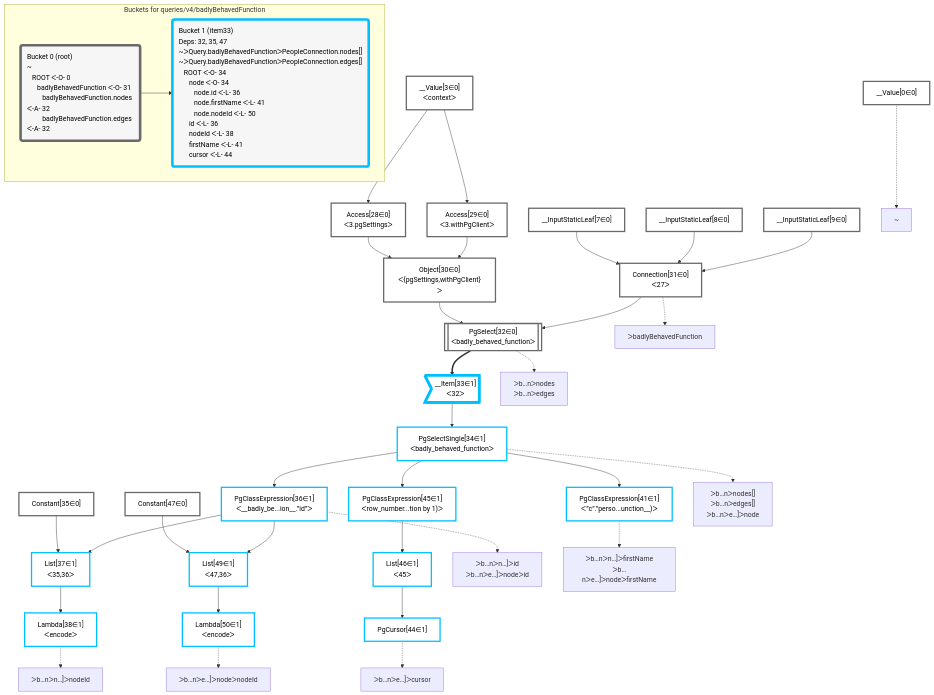
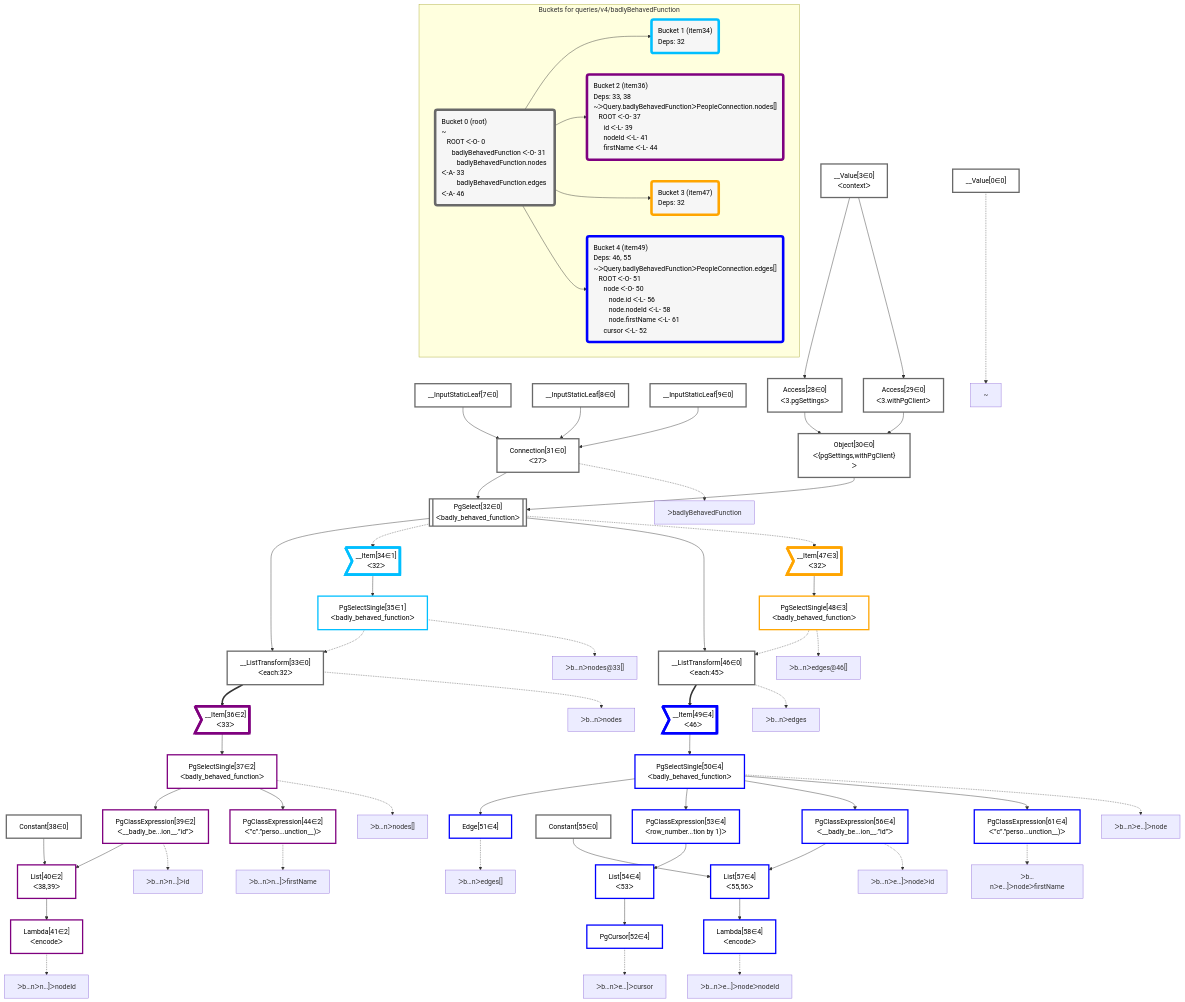
Before and after one commit to graphile/crystal: the diagram in packages/postgraphile/__tests__/queries/v4/badlyBehavedFunction.mermaid, drawn with Mermaid. The commit also changed 6 other files, not shown here.

```diff
--- a/packages/postgraphile/__tests__/queries/v4/badlyBehavedFunction.mermaid
+++ b/packages/postgraphile/__tests__/queries/v4/badlyBehavedFunction.mermaid
@@ -1,80 +1,127 @@
 graph TD
     classDef path fill:#eee,stroke:#000,color:#000
     classDef plan fill:#fff,stroke-width:3px,color:#000
     classDef itemplan fill:#fff,stroke-width:6px,color:#000
     classDef sideeffectplan fill:#f00,stroke-width:6px,color:#000
     classDef bucket fill:#f6f6f6,color:#000,stroke-width:6px,text-align:left
 
 
     %% define plans
     __Value0["__Value[0∈0]"]:::plan
     __Value3["__Value[3∈0]<br />ᐸcontextᐳ"]:::plan
     __InputStaticLeaf7["__InputStaticLeaf[7∈0]"]:::plan
     __InputStaticLeaf8["__InputStaticLeaf[8∈0]"]:::plan
     __InputStaticLeaf9["__InputStaticLeaf[9∈0]"]:::plan
     Access28["Access[28∈0]<br />ᐸ3.pgSettingsᐳ"]:::plan
     Access29["Access[29∈0]<br />ᐸ3.withPgClientᐳ"]:::plan
     Object30["Object[30∈0]<br />ᐸ{pgSettings,withPgClient}ᐳ"]:::plan
     Connection31["Connection[31∈0]<br />ᐸ27ᐳ"]:::plan
     PgSelect32[["PgSelect[32∈0]<br />ᐸbadly_behaved_functionᐳ"]]:::plan
-    __Item33>"__Item[33∈1]<br />ᐸ32ᐳ"]:::itemplan
-    PgSelectSingle34["PgSelectSingle[34∈1]<br />ᐸbadly_behaved_functionᐳ"]:::plan
-    Constant35["Constant[35∈0]"]:::plan
-    PgClassExpression36["PgClassExpression[36∈1]<br />ᐸ__badly_be...ion__.”id”ᐳ"]:::plan
-    List37["List[37∈1]<br />ᐸ35,36ᐳ"]:::plan
-    Lambda38["Lambda[38∈1]<br />ᐸencodeᐳ"]:::plan
-    PgClassExpression41["PgClassExpression[41∈1]<br />ᐸ”c”.”perso...unction__)ᐳ"]:::plan
-    PgClassExpression45["PgClassExpression[45∈1]<br />ᐸrow_number...tion by 1)ᐳ"]:::plan
-    List46["List[46∈1]<br />ᐸ45ᐳ"]:::plan
-    PgCursor44["PgCursor[44∈1]"]:::plan
-    Constant47["Constant[47∈0]"]:::plan
-    List49["List[49∈1]<br />ᐸ47,36ᐳ"]:::plan
-    Lambda50["Lambda[50∈1]<br />ᐸencodeᐳ"]:::plan
+    __ListTransform33["__ListTransform[33∈0]<br />ᐸeach:32ᐳ"]:::plan
+    __Item34>"__Item[34∈1]<br />ᐸ32ᐳ"]:::itemplan
+    PgSelectSingle35["PgSelectSingle[35∈1]<br />ᐸbadly_behaved_functionᐳ"]:::plan
+    __Item36>"__Item[36∈2]<br />ᐸ33ᐳ"]:::itemplan
+    PgSelectSingle37["PgSelectSingle[37∈2]<br />ᐸbadly_behaved_functionᐳ"]:::plan
+    Constant38["Constant[38∈0]"]:::plan
+    PgClassExpression39["PgClassExpression[39∈2]<br />ᐸ__badly_be...ion__.”id”ᐳ"]:::plan
+    List40["List[40∈2]<br />ᐸ38,39ᐳ"]:::plan
+    Lambda41["Lambda[41∈2]<br />ᐸencodeᐳ"]:::plan
+    PgClassExpression44["PgClassExpression[44∈2]<br />ᐸ”c”.”perso...unction__)ᐳ"]:::plan
+    __ListTransform46["__ListTransform[46∈0]<br />ᐸeach:45ᐳ"]:::plan
+    __Item47>"__Item[47∈3]<br />ᐸ32ᐳ"]:::itemplan
+    PgSelectSingle48["PgSelectSingle[48∈3]<br />ᐸbadly_behaved_functionᐳ"]:::plan
+    __Item49>"__Item[49∈4]<br />ᐸ46ᐳ"]:::itemplan
+    PgSelectSingle50["PgSelectSingle[50∈4]<br />ᐸbadly_behaved_functionᐳ"]:::plan
+    Edge51["Edge[51∈4]"]:::plan
+    PgClassExpression53["PgClassExpression[53∈4]<br />ᐸrow_number...tion by 1)ᐳ"]:::plan
+    List54["List[54∈4]<br />ᐸ53ᐳ"]:::plan
+    PgCursor52["PgCursor[52∈4]"]:::plan
+    Constant55["Constant[55∈0]"]:::plan
+    PgClassExpression56["PgClassExpression[56∈4]<br />ᐸ__badly_be...ion__.”id”ᐳ"]:::plan
+    List57["List[57∈4]<br />ᐸ55,56ᐳ"]:::plan
+    Lambda58["Lambda[58∈4]<br />ᐸencodeᐳ"]:::plan
+    PgClassExpression61["PgClassExpression[61∈4]<br />ᐸ”c”.”perso...unction__)ᐳ"]:::plan
 
     %% plan dependencies
     __Value3 --> Access28
     __Value3 --> Access29
     Access28 & Access29 --> Object30
     __InputStaticLeaf7 & __InputStaticLeaf8 & __InputStaticLeaf9 --> Connection31
     Object30 & Connection31 --> PgSelect32
-    PgSelect32 ==> __Item33
-    __Item33 --> PgSelectSingle34
-    PgSelectSingle34 --> PgClassExpression36
-    Constant35 & PgClassExpression36 --> List37
-    List37 --> Lambda38
-    PgSelectSingle34 --> PgClassExpression41
-    PgSelectSingle34 --> PgClassExpression45
-    PgClassExpression45 --> List46
-    List46 --> PgCursor44
-    Constant47 & PgClassExpression36 --> List49
-    List49 --> Lambda50
+    PgSelect32 --> __ListTransform33
+    PgSelectSingle35 -.-> __ListTransform33
+    PgSelect32 -.-> __Item34
+    __Item34 --> PgSelectSingle35
+    __ListTransform33 ==> __Item36
+    __Item36 --> PgSelectSingle37
+    PgSelectSingle37 --> PgClassExpression39
+    Constant38 & PgClassExpression39 --> List40
+    List40 --> Lambda41
+    PgSelectSingle37 --> PgClassExpression44
+    PgSelect32 --> __ListTransform46
+    PgSelectSingle48 -.-> __ListTransform46
+    PgSelect32 -.-> __Item47
+    __Item47 --> PgSelectSingle48
+    __ListTransform46 ==> __Item49
+    __Item49 --> PgSelectSingle50
+    PgSelectSingle50 --> Edge51
+    PgSelectSingle50 --> PgClassExpression53
+    PgClassExpression53 --> List54
+    List54 --> PgCursor52
+    PgSelectSingle50 --> PgClassExpression56
+    Constant55 & PgClassExpression56 --> List57
+    List57 --> Lambda58
+    PgSelectSingle50 --> PgClassExpression61
 
     %% plan-to-path relationships
     P0["~"]
     __Value0 -.-> P0
     P31["ᐳbadlyBehavedFunction"]
     Connection31 -.-> P31
-    P32["ᐳb…nᐳnodes<br />ᐳb…nᐳedges"]
-    PgSelect32 -.-> P32
-    P34["ᐳb…nᐳnodes[]<br />ᐳb…nᐳedges[]<br />ᐳb…nᐳe…]ᐳnode"]
-    PgSelectSingle34 -.-> P34
-    P36["ᐳb…nᐳn…]ᐳid<br />ᐳb…nᐳe…]ᐳnodeᐳid"]
-    PgClassExpression36 -.-> P36
-    P38["ᐳb…nᐳn…]ᐳnodeId"]
-    Lambda38 -.-> P38
-    P41["ᐳb…nᐳn…]ᐳfirstName<br />ᐳb…nᐳe…]ᐳnodeᐳfirstName"]
-    PgClassExpression41 -.-> P41
-    P44["ᐳb…nᐳe…]ᐳcursor"]
-    PgCursor44 -.-> P44
-    P50["ᐳb…nᐳe…]ᐳnodeᐳnodeId"]
-    Lambda50 -.-> P50
+    P33["ᐳb…nᐳnodes"]
+    __ListTransform33 -.-> P33
+    P35["ᐳb…nᐳnodes@33[]"]
+    PgSelectSingle35 -.-> P35
+    P37["ᐳb…nᐳnodes[]"]
+    PgSelectSingle37 -.-> P37
+    P39["ᐳb…nᐳn…]ᐳid"]
+    PgClassExpression39 -.-> P39
+    P41["ᐳb…nᐳn…]ᐳnodeId"]
+    Lambda41 -.-> P41
+    P44["ᐳb…nᐳn…]ᐳfirstName"]
+    PgClassExpression44 -.-> P44
+    P46["ᐳb…nᐳedges"]
+    __ListTransform46 -.-> P46
+    P48["ᐳb…nᐳedges@46[]"]
+    PgSelectSingle48 -.-> P48
+    P50["ᐳb…nᐳe…]ᐳnode"]
+    PgSelectSingle50 -.-> P50
+    P51["ᐳb…nᐳedges[]"]
+    Edge51 -.-> P51
+    P52["ᐳb…nᐳe…]ᐳcursor"]
+    PgCursor52 -.-> P52
+    P56["ᐳb…nᐳe…]ᐳnodeᐳid"]
+    PgClassExpression56 -.-> P56
+    P58["ᐳb…nᐳe…]ᐳnodeᐳnodeId"]
+    Lambda58 -.-> P58
+    P61["ᐳb…nᐳe…]ᐳnodeᐳfirstName"]
+    PgClassExpression61 -.-> P61
 
     subgraph "Buckets for queries/v4/badlyBehavedFunction"
-    Bucket0("Bucket 0 (root)<br />~<br />⠀ROOT ᐸ-O- 0<br />⠀⠀badlyBehavedFunction ᐸ-O- 31<br />⠀⠀⠀badlyBehavedFunction.nodes ᐸ-A- 32<br />⠀⠀⠀badlyBehavedFunction.edges ᐸ-A- 32"):::bucket
+    Bucket0("Bucket 0 (root)<br />~<br />⠀ROOT ᐸ-O- 0<br />⠀⠀badlyBehavedFunction ᐸ-O- 31<br />⠀⠀⠀badlyBehavedFunction.nodes ᐸ-A- 33<br />⠀⠀⠀badlyBehavedFunction.edges ᐸ-A- 46"):::bucket
     classDef bucket0 stroke:#696969
-    class Bucket0,__Value0,__Value3,__InputStaticLeaf7,__InputStaticLeaf8,__InputStaticLeaf9,Access28,Access29,Object30,Connection31,PgSelect32,Constant35,Constant47 bucket0
-    Bucket1("Bucket 1 (item33)<br />Deps: 32, 35, 47<br />~ᐳQuery.badlyBehavedFunctionᐳPeopleConnection.nodes[]<br />~ᐳQuery.badlyBehavedFunctionᐳPeopleConnection.edges[]<br />⠀ROOT ᐸ-O- 34<br />⠀⠀node ᐸ-O- 34<br />⠀⠀⠀node.id ᐸ-L- 36<br />⠀⠀⠀node.firstName ᐸ-L- 41<br />⠀⠀⠀node.nodeId ᐸ-L- 50<br />⠀⠀id ᐸ-L- 36<br />⠀⠀nodeId ᐸ-L- 38<br />⠀⠀firstName ᐸ-L- 41<br />⠀⠀cursor ᐸ-L- 44"):::bucket
+    class Bucket0,__Value0,__Value3,__InputStaticLeaf7,__InputStaticLeaf8,__InputStaticLeaf9,Access28,Access29,Object30,Connection31,PgSelect32,__ListTransform33,Constant38,__ListTransform46,Constant55 bucket0
+    Bucket1("Bucket 1 (item34)<br />Deps: 32"):::bucket
     classDef bucket1 stroke:#00bfff
-    class Bucket1,__Item33,PgSelectSingle34,PgClassExpression36,List37,Lambda38,PgClassExpression41,PgCursor44,PgClassExpression45,List46,List49,Lambda50 bucket1
-    Bucket0 --> Bucket1
+    class Bucket1,__Item34,PgSelectSingle35 bucket1
+    Bucket2("Bucket 2 (item36)<br />Deps: 33, 38<br />~ᐳQuery.badlyBehavedFunctionᐳPeopleConnection.nodes[]<br />⠀ROOT ᐸ-O- 37<br />⠀⠀id ᐸ-L- 39<br />⠀⠀nodeId ᐸ-L- 41<br />⠀⠀firstName ᐸ-L- 44"):::bucket
+    classDef bucket2 stroke:#7f007f
+    class Bucket2,__Item36,PgSelectSingle37,PgClassExpression39,List40,Lambda41,PgClassExpression44 bucket2
+    Bucket3("Bucket 3 (item47)<br />Deps: 32"):::bucket
+    classDef bucket3 stroke:#ffa500
+    class Bucket3,__Item47,PgSelectSingle48 bucket3
+    Bucket4("Bucket 4 (item49)<br />Deps: 46, 55<br />~ᐳQuery.badlyBehavedFunctionᐳPeopleConnection.edges[]<br />⠀ROOT ᐸ-O- 51<br />⠀⠀node ᐸ-O- 50<br />⠀⠀⠀node.id ᐸ-L- 56<br />⠀⠀⠀node.nodeId ᐸ-L- 58<br />⠀⠀⠀node.firstName ᐸ-L- 61<br />⠀⠀cursor ᐸ-L- 52"):::bucket
+    classDef bucket4 stroke:#0000ff
+    class Bucket4,__Item49,PgSelectSingle50,Edge51,PgCursor52,PgClassExpression53,List54,PgClassExpression56,List57,Lambda58,PgClassExpression61 bucket4
+    Bucket0 --> Bucket1 & Bucket2 & Bucket3 & Bucket4
     end
```
